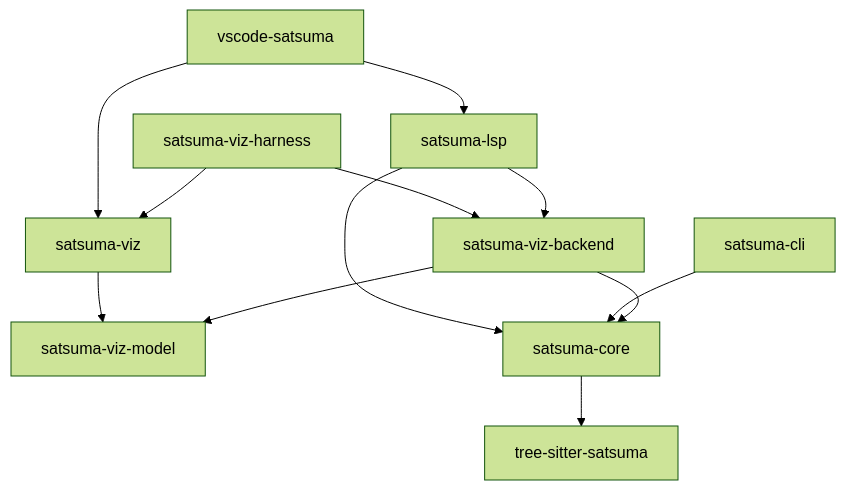
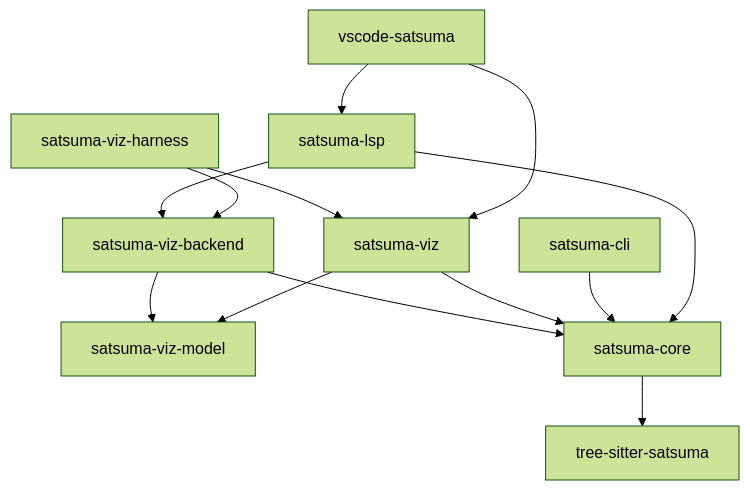
One commit to thorbenlouw/satsuma-lang changed the first of 4 diagrams in satsuma-lang-contributor-guide.md. Above: the diagram before and after it, drawn with Mermaid (forest theme). The commit also changed other lines of this file and 1 other file, not shown here.

````diff
--- a/satsuma-lang-contributor-guide.md
+++ b/satsuma-lang-contributor-guide.md
@@ -15,24 +17,25 @@
 ```mermaid
 graph TD
     vscode[vscode-satsuma]
     harness[satsuma-viz-harness]
     lsp[satsuma-lsp]
     cli[satsuma-cli]
     viz[satsuma-viz]
     vizBackend[satsuma-viz-backend]
     vizModel[satsuma-viz-model]
     core[satsuma-core]
     ts[tree-sitter-satsuma]
 
     vscode --> lsp
     vscode --> viz
     harness --> vizBackend
     harness --> viz
     lsp --> vizBackend
     lsp --> core
     cli --> core
     viz --> vizModel
+    viz --> core
     vizBackend --> vizModel
     vizBackend --> core
     core --> ts
 ```
````
